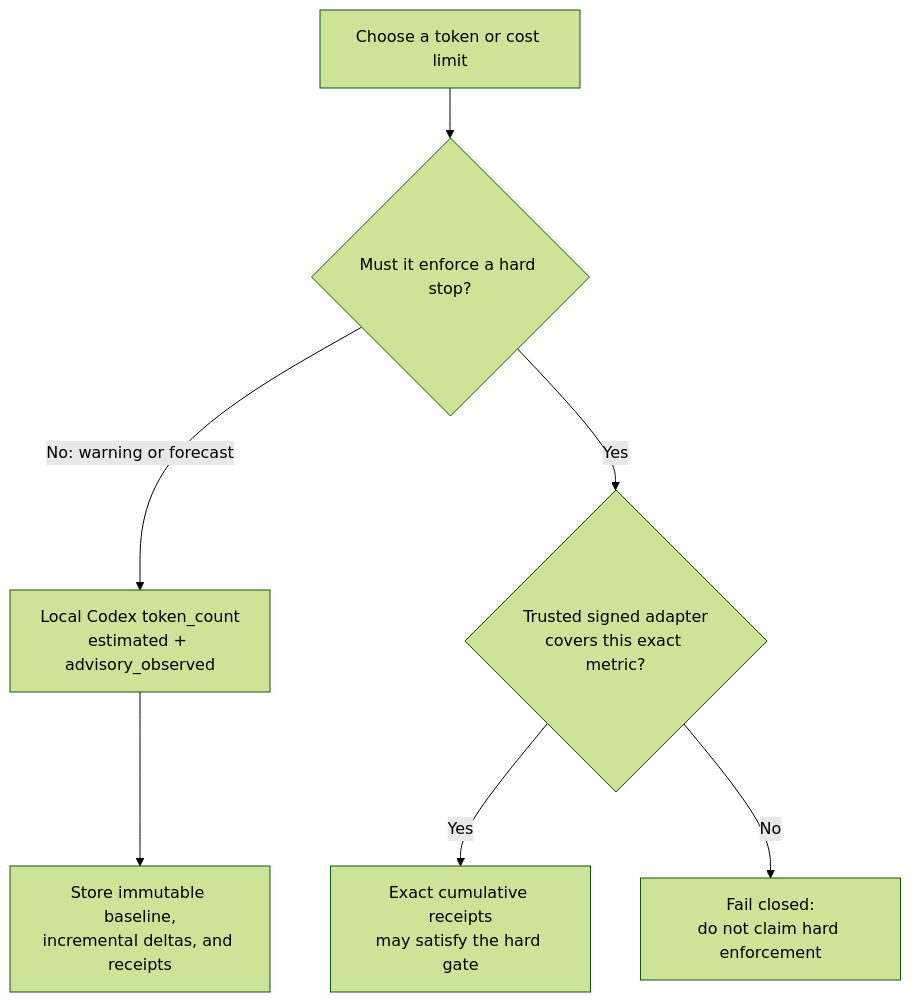
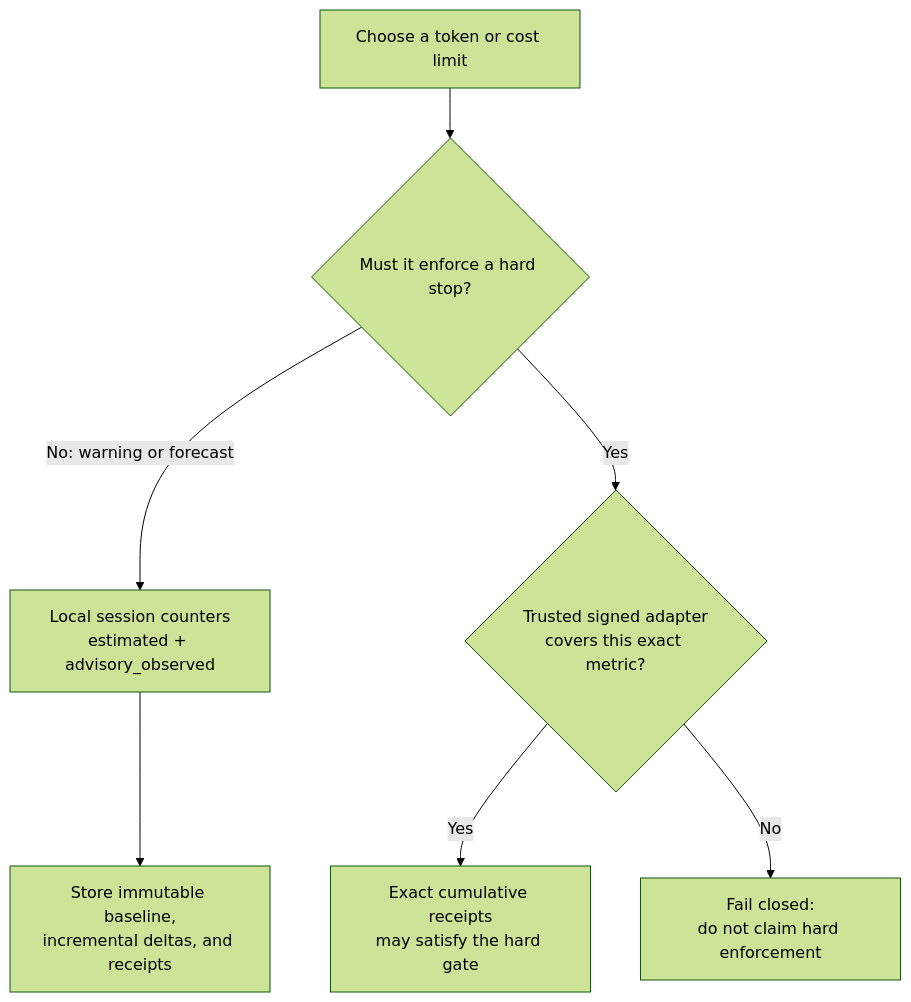
The third of 3 diagrams in README.md (aantenore/mpsf), drawn with Mermaid (forest theme) before and after one commit. The commit also changed other lines of this file and 20 other files, not shown here.

````diff
--- a/README.md
+++ b/README.md
@@ -623,9 +520,9 @@
 ```mermaid
 flowchart TD
   A["Choose a token or cost limit"] --> B{"Must it enforce a hard stop?"}
-  B -- "No: warning or forecast" --> C["Local Codex token_count<br/>estimated + advisory_observed"]
+  B -- "No: warning or forecast" --> C["Local session counters<br/>estimated + advisory_observed"]
   C --> D["Store immutable baseline,<br/>incremental deltas, and receipts"]
   B -- "Yes" --> E{"Trusted signed adapter<br/>covers this exact metric?"}
   E -- "Yes" --> F["Exact cumulative receipts<br/>may satisfy the hard gate"]
   E -- "No" --> G["Fail closed:<br/>do not claim hard enforcement"]
 ```
````
